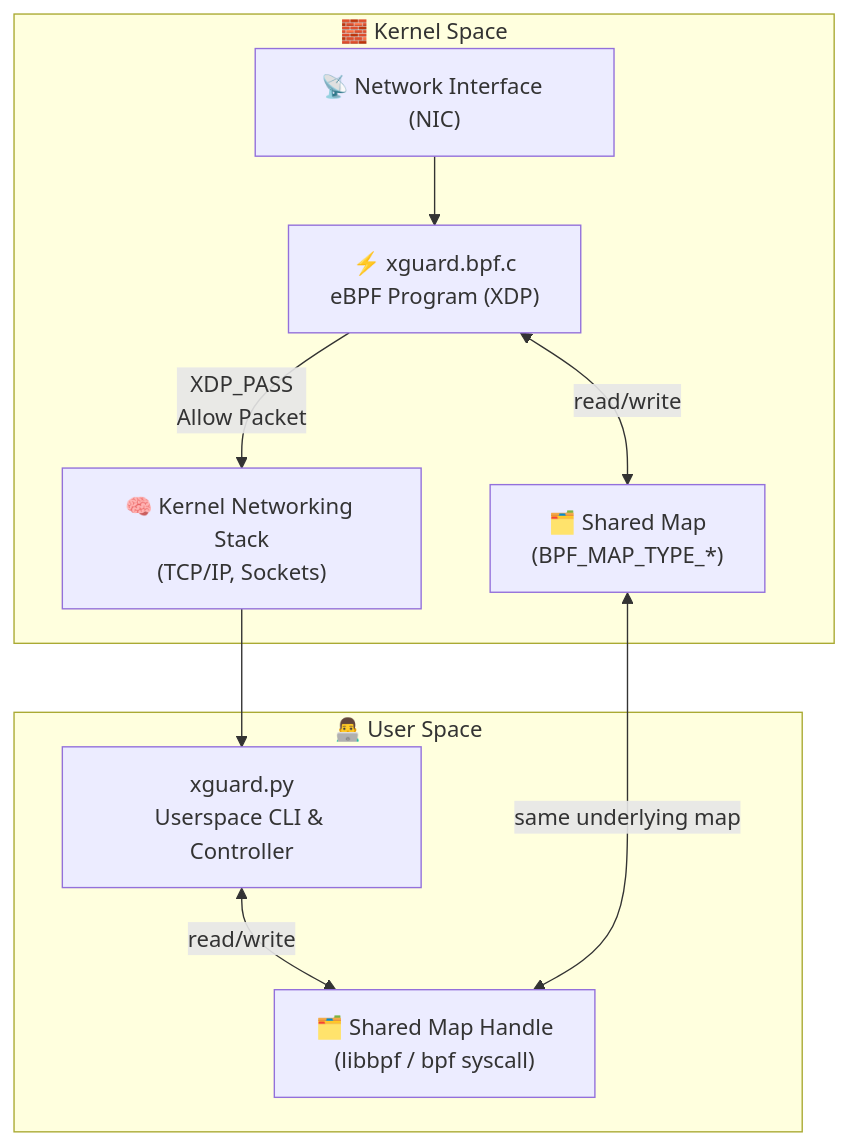
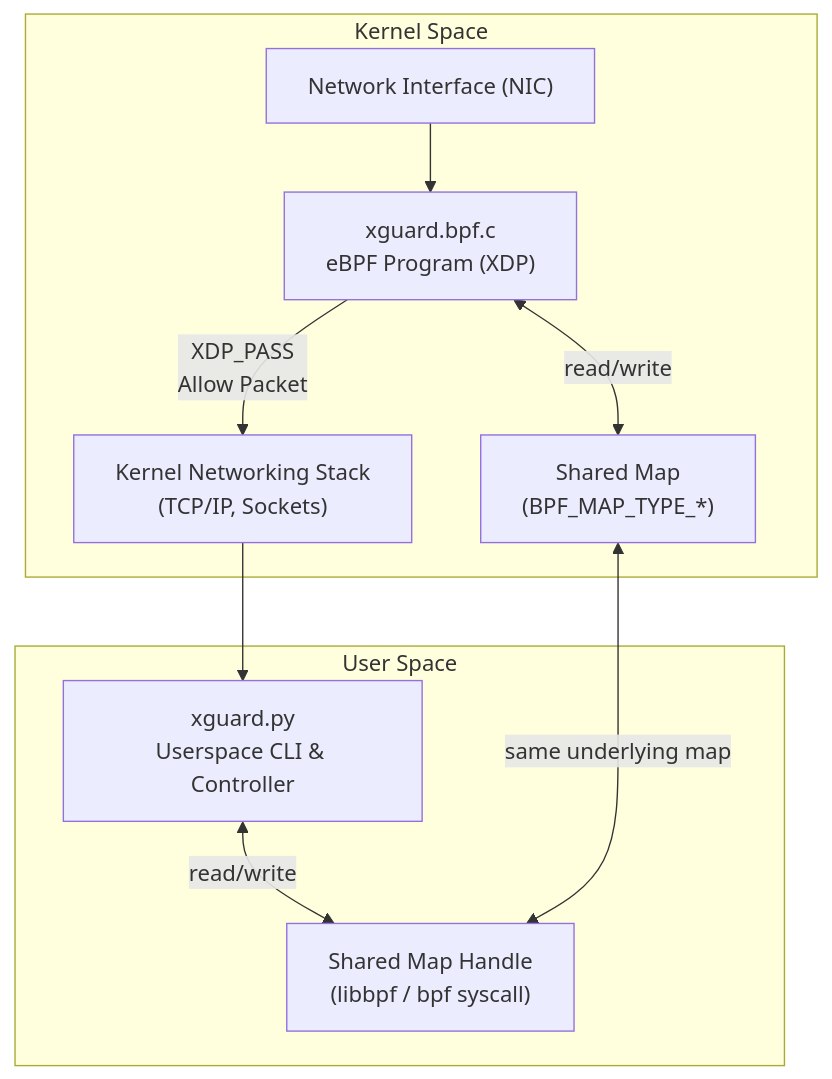
Before and after one commit to marchesir/xguard: the diagram in README.md, drawn with Mermaid. The commit also changed other lines of this file, not shown here.

````diff
--- a/README.md
+++ b/README.md
@@ -72,24 +73,24 @@
 ```mermaid
 flowchart TD
-    subgraph "🧱 Kernel Space"
-        NIC["📡 Network Interface (NIC)"]
-        XDP["⚡ xguard.bpf.c<br>eBPF Program (XDP)"]
-        KernelStack["🧠 Kernel Networking Stack<br>(TCP/IP, Sockets)"]
-        MapK["🗂️ Shared Map<br>(BPF_MAP_TYPE_*)"]
+    subgraph "Kernel Space"
+        NIC["Network Interface (NIC)"]
+        XDP["xguard.bpf.c<br>eBPF Program (XDP)"]
+        KernelStack["Kernel Networking Stack<br>(TCP/IP, Sockets)"]
+        MapK["Shared Map<br>(BPF_MAP_TYPE_*)"]
     end
 
-    subgraph "👨‍💻 User Space"
+    subgraph "User Space"
         App["xguard.py<br>Userspace CLI & Controller"]
-        MapU["🗂️ Shared Map Handle<br>(libbpf / bpf syscall)"]
+        MapU["Shared Map Handle<br>(libbpf / bpf syscall)"]
     end
 
     NIC --> XDP
     XDP -- "XDP_PASS<br>Allow Packet" --> KernelStack    
 
     KernelStack --> App
 
     %% Shared Map connections
     XDP <-- "read/write" --> MapK
     App <-- "read/write" --> MapU
     MapK <-- "same underlying map" --> MapU
 ```
````
